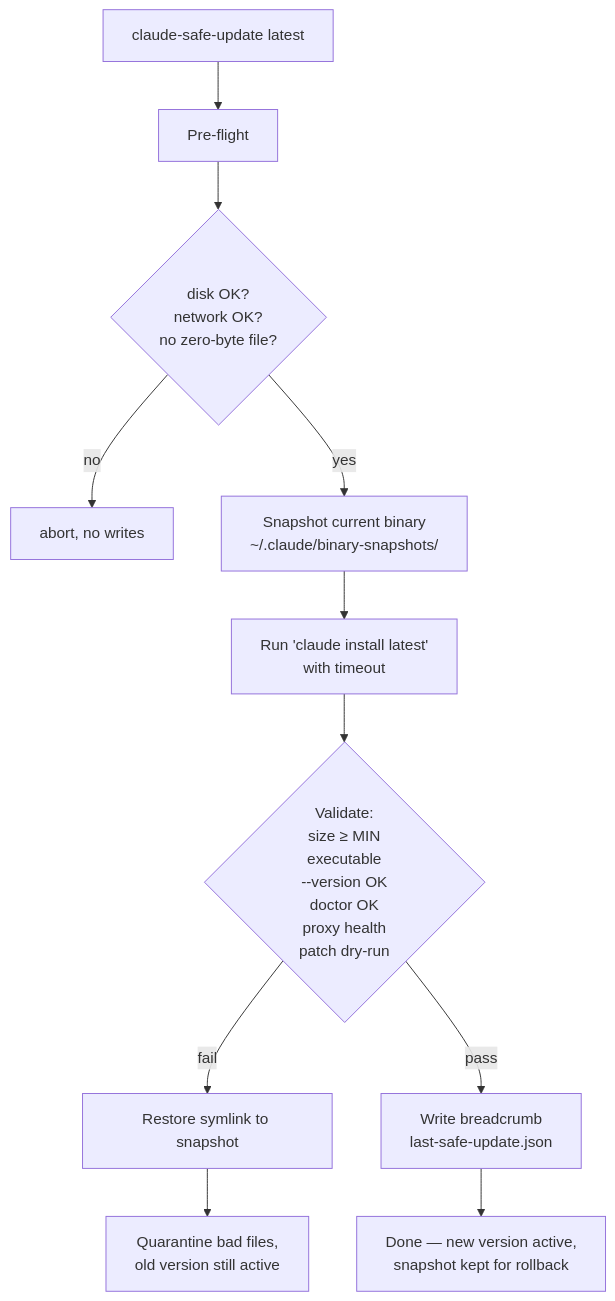
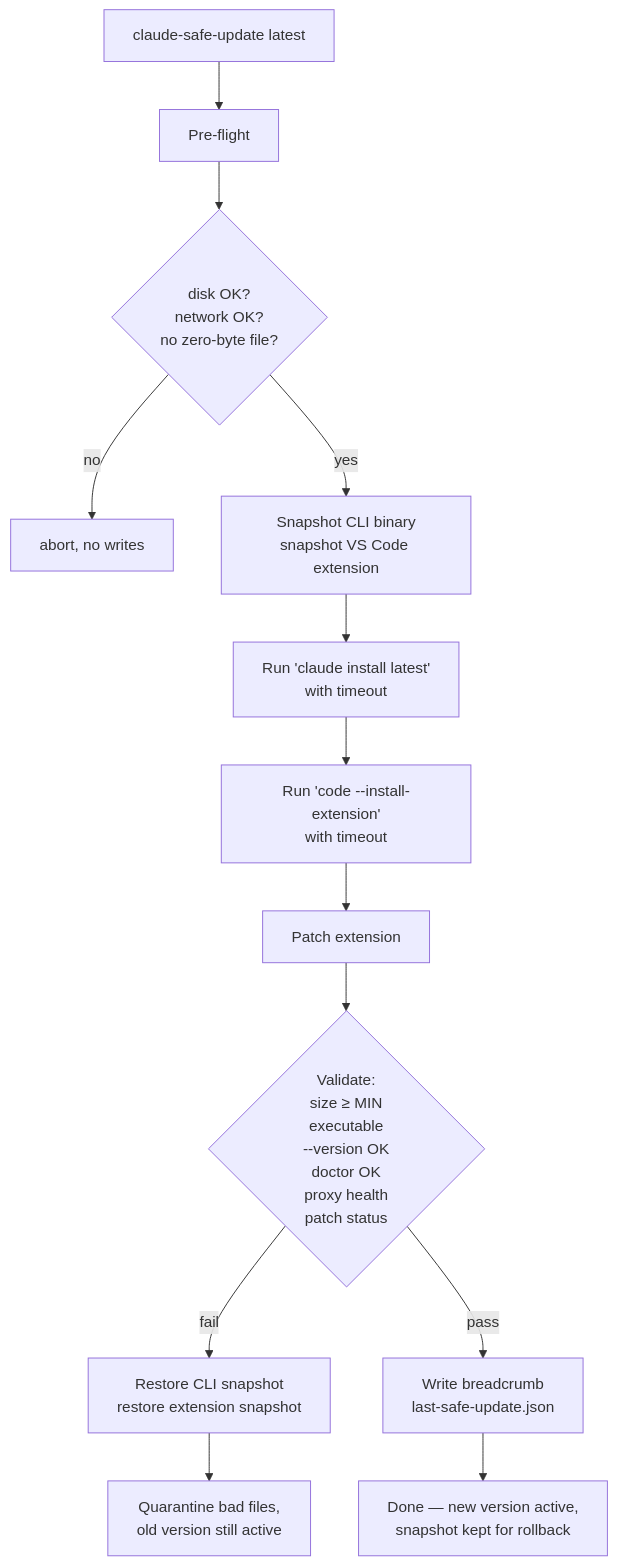
One commit to allytag/claude_code changed the second of 2 diagrams in docs/ARCHITECTURE.md. Above: the diagram before and after it, drawn with Mermaid. The commit also changed 9 other files, not shown here.

````diff
--- a/docs/ARCHITECTURE.md
+++ b/docs/ARCHITECTURE.md
@@ -143,13 +143,15 @@
 ```mermaid
 flowchart TD
     A[claude-safe-update latest] --> B[Pre-flight]
     B --> C{disk OK?<br/>network OK?<br/>no zero-byte file?}
     C -->|no| X1[abort, no writes]
-    C -->|yes| D[Snapshot current binary<br/>~/.claude/binary-snapshots/]
+    C -->|yes| D[Snapshot CLI binary<br/>snapshot VS Code extension]
     D --> E[Run 'claude install latest'<br/>with timeout]
-    E --> F{Validate:<br/>size ≥ MIN<br/>executable<br/>--version OK<br/>doctor OK<br/>proxy health<br/>patch dry-run}
-    F -->|fail| G[Restore symlink to snapshot]
+    E --> E2[Run 'code --install-extension'<br/>with timeout]
+    E2 --> E3[Patch extension]
+    E3 --> F{Validate:<br/>size ≥ MIN<br/>executable<br/>--version OK<br/>doctor OK<br/>proxy health<br/>patch status}
+    F -->|fail| G[Restore CLI snapshot<br/>restore extension snapshot]
     F -->|pass| H[Write breadcrumb<br/>last-safe-update.json]
     H --> I[Done — new version active,<br/>snapshot kept for rollback]
     G --> X2[Quarantine bad files,<br/>old version still active]
 ```
````
